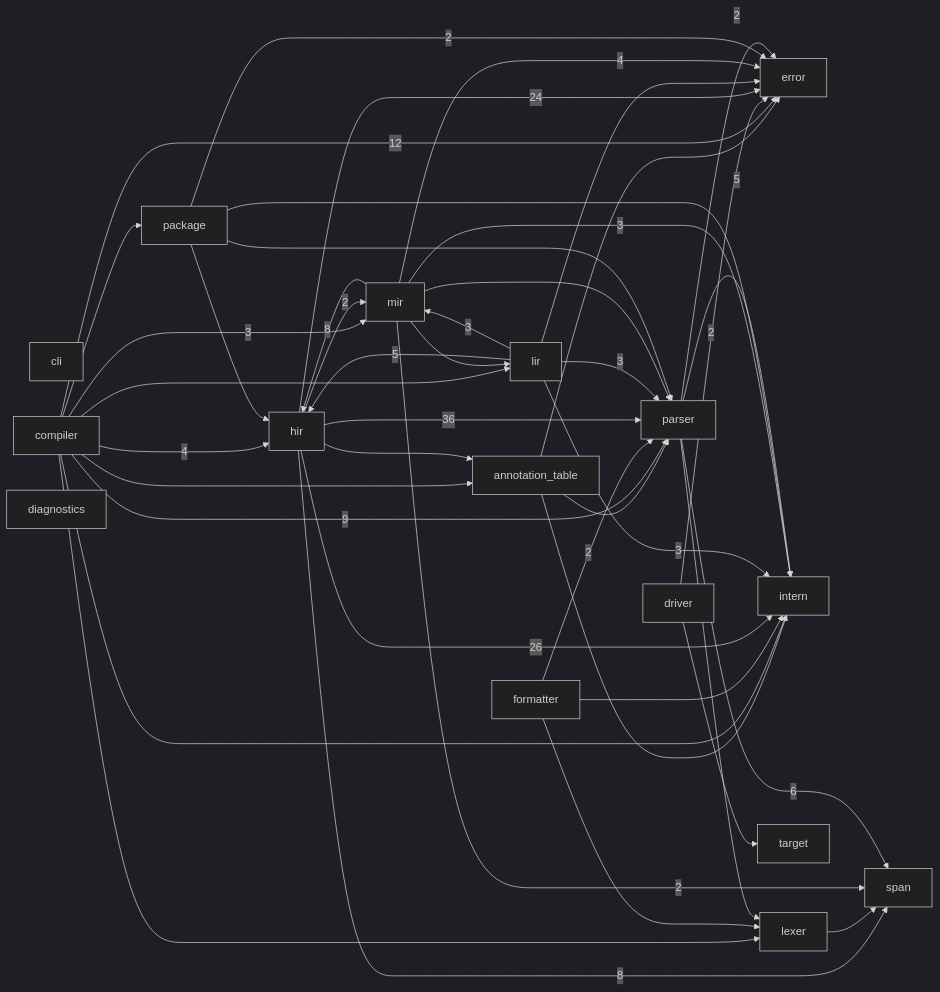
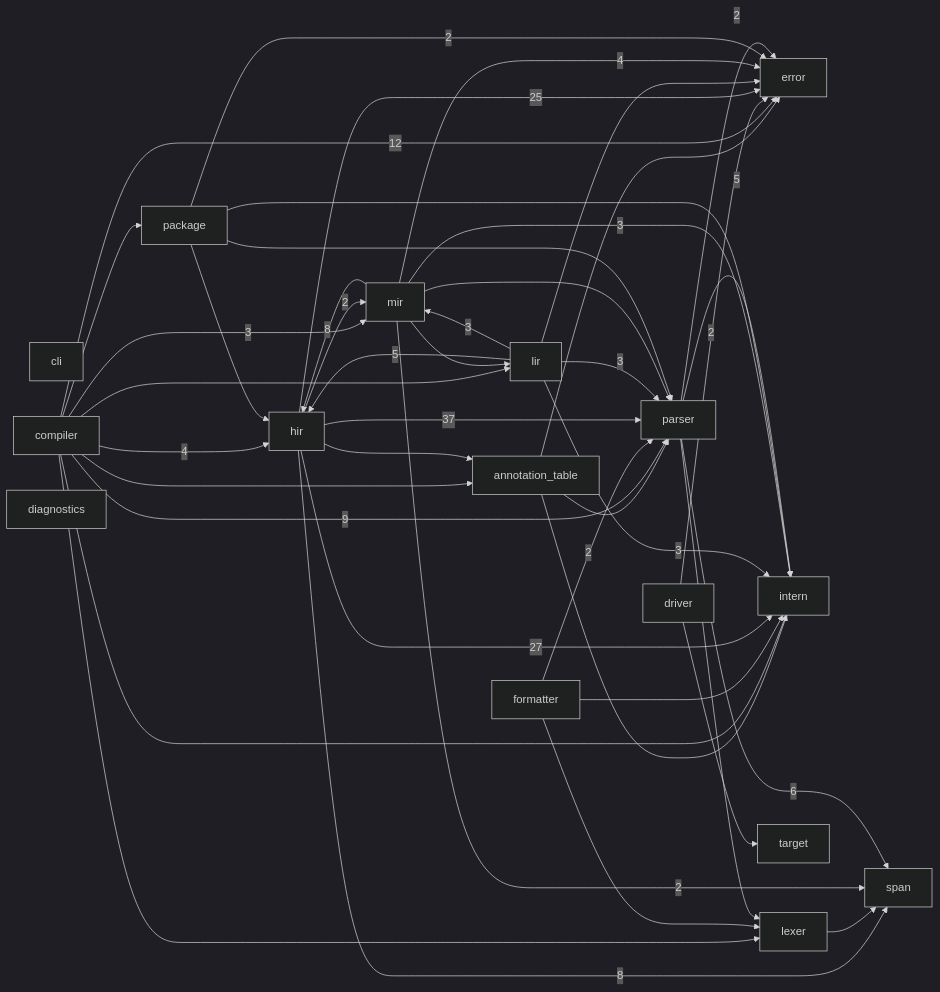
Before and after one commit to ayanami1ei/Ayanami-language: the diagram in docs/module-graph.md, drawn with Mermaid (dark theme). The commit also changed other lines of this file and 6 other files, not shown here.

````diff
--- a/docs/module-graph.md
+++ b/docs/module-graph.md
@@ -6,62 +6,62 @@
 ```mermaid
 graph LR
     annotation_table
     cli
     compiler
     diagnostics
     driver
     error
     formatter
     hir
     intern
     lexer
     lir
     mir
     package
     parser
     span
     target
     annotation_table --> error
     annotation_table --> intern
     annotation_table --> parser
     compiler --> annotation_table
     compiler -->|12| error
     compiler -->|4| hir
     compiler --> intern
     compiler --> lexer
     compiler --> lir
     compiler -->|3| mir
     compiler --> package
     compiler -->|9| parser
     driver -->|2| error
     driver --> target
     formatter --> intern
     formatter --> lexer
     formatter -->|2| parser
     hir --> annotation_table
-    hir -->|24| error
-    hir -->|26| intern
+    hir -->|25| error
+    hir -->|27| intern
     hir -->|2| mir
-    hir -->|36| parser
+    hir -->|37| parser
     hir -->|8| span
     lexer --> span
     lir --> error
     lir -->|5| hir
     lir -->|3| intern
     lir -->|3| mir
     lir -->|3| parser
     mir -->|4| error
     mir -->|8| hir
     mir -->|3| intern
     mir --> lir
     mir --> parser
     mir -->|2| span
     package -->|2| error
     package --> hir
     package --> intern
     package --> parser
     parser -->|2| error
     parser -->|5| intern
     parser --> lexer
     parser -->|6| span
 ```
````
